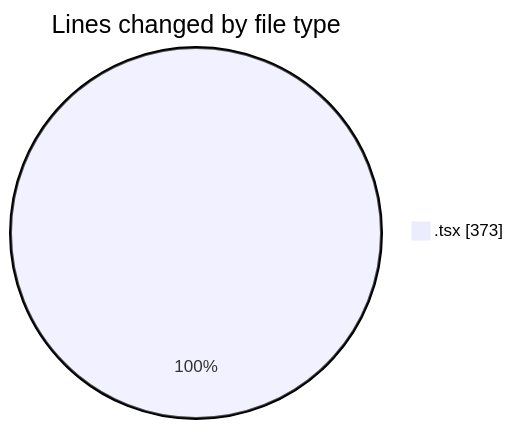
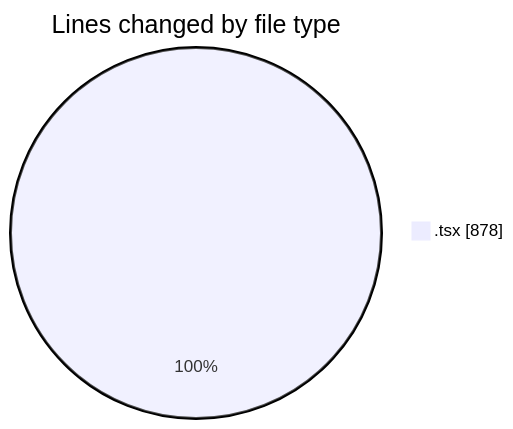
The first of 2 diagrams in 2025-04-07/cda/README.md (momahboobian/code-tracking), drawn with Mermaid before and after one commit. The commit also changed other lines of this file and 1 other file, not shown here.

````diff
--- a/2025-04-07/cda/README.md
+++ b/2025-04-07/cda/README.md
@@ -21,5 +22,5 @@
 ```mermaid
 pie showData
 title Lines changed by file type
-".tsx" : 373
+".tsx" : 878
 ```
````
